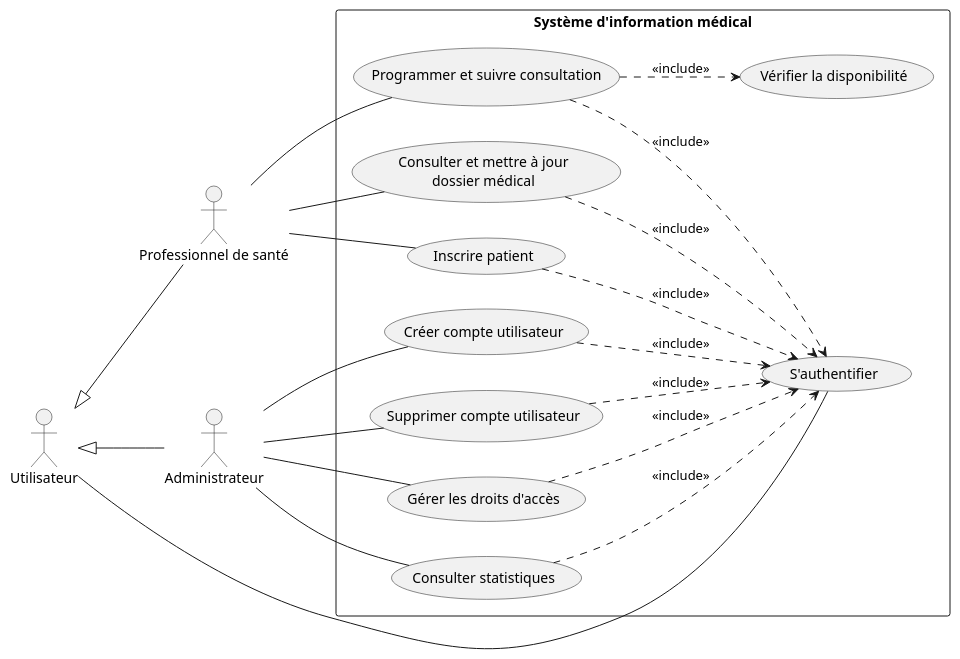
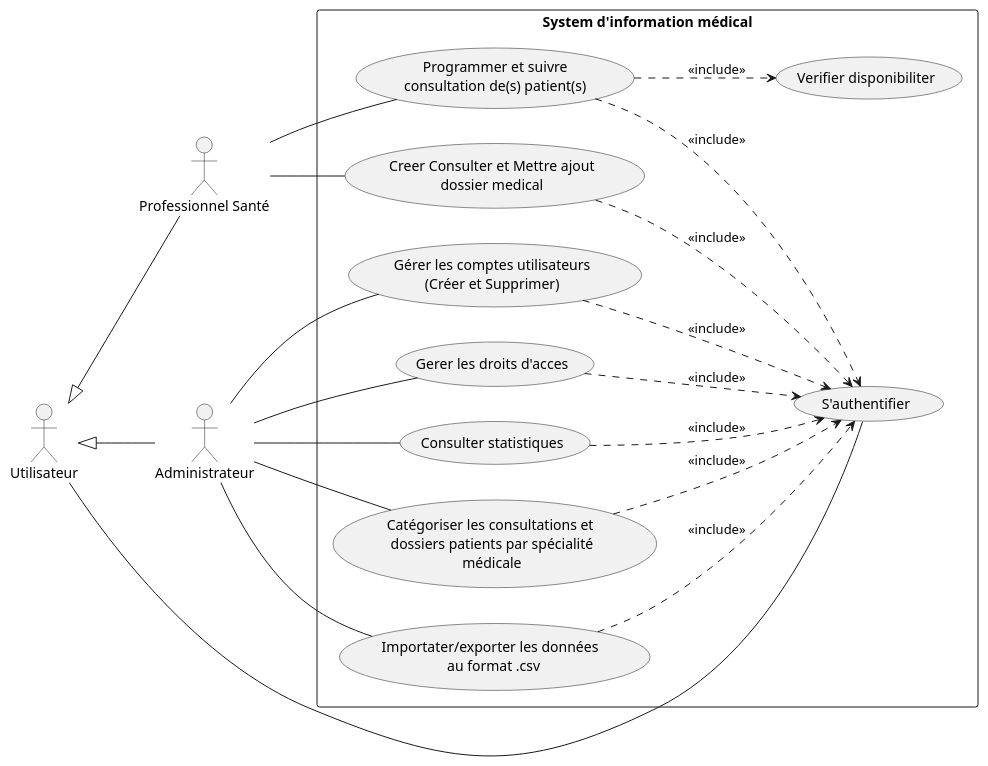
One commit to MiracleDvm/Groupe_24 changed the diagram in src/Diagrammes/cas-utilisation.puml. Above: the diagram before and after it, drawn with PlantUML.

```diff
--- a/src/Diagrammes/cas-utilisation.puml
+++ b/src/Diagrammes/cas-utilisation.puml
@@ -1,48 +1,62 @@
 @startuml
 left to right direction
 skinparam packageStyle rectangle
 
+' Définition des acteurs
+actor "Professionnel Santé" as Pro
+actor "Administrateur" as Admin
 actor "Utilisateur" as User
-actor "Professionnel de santé" as Pro
-actor "Administrateur" as Admin
 
+' Héritage des acteurs (Les flèches qui contournent le cadre)
 User <|-- Pro
 User <|-- Admin
 
-rectangle "Système d'information médical" {
+rectangle "System d'information médical" {
 
-  usecase "S'authentifier" as UC_Auth
+    ' Cas d'utilisation pour le Professionnel de Santé
+    usecase "Programmer et suivre\nconsultation de(s) patient(s)" as UC_Programmer
+    usecase "Creer Consulter et Mettre ajout\ndossier medical" as UC_Dossier
+    usecase "Verifier disponibiliter" as UC_Dispo
 
-  usecase "Inscrire patient" as UC_Inscrire
-  usecase "Programmer et suivre consultation" as UC_Programmer
-  usecase "Consulter et mettre à jour\ndossier médical" as UC_Dossier
-  usecase "Vérifier la disponibilité" as UC_Dispo
+    ' Cas d'utilisation pour l'Administrateur
+    usecase "Gérer les comptes utilisateurs\n(Créer et Supprimer)" as UC_GererCompte
+    usecase "Gerer les droits d'acces" as UC_Droits
+    usecase "Consulter statistiques" as UC_Stats
+    usecase "Catégoriser les consultations et \n dossiers patients par spécialité \n médicale " as UC_Categorisation
+    usecase "Importater/exporter les données \n au format .csv" as UC_ImportExport 
+    
 
-  usecase "Créer compte utilisateur" as UC_CreerCompte
-  usecase "Supprimer compte utilisateur" as UC_SupprimerCompte
-  usecase "Gérer les droits d'accès" as UC_Droits
-  usecase "Consulter statistiques" as UC_Stats
+
+    
+
+    ' Cas d'utilisation commun (Authentification)
+    usecase "S'authentifier" as UC_Auth
+
+    ' Relations Acteurs -> Cas d'utilisation
+    Pro -- UC_Programmer
+    Pro -- UC_Dossier
+
+    Admin -- UC_GererCompte
+    Admin -- UC_Droits
+    Admin -- UC_Stats
+    Admin-- UC_Categorisation
+    Admin -- UC_ImportExport
+    
+
+    ' Relation directe de l'Utilisateur (selon le diagramme)
+    User -- UC_Auth
+
+    ' Relations <<include>> vers S'authentifier
+    UC_Programmer ..> UC_Auth : <<include>>
+    UC_Dossier ..> UC_Auth : <<include>>
+    UC_GererCompte ..> UC_Auth : <<include>>
+    UC_Droits ..> UC_Auth : <<include>>
+    UC_Stats ..> UC_Auth : <<include>>
+    UC_Categorisation ..> UC_Auth : <<include>>
+    UC_ImportExport ..> UC_Auth : <<include>>
+    
+
+    ' Autre relation <<include>> spécifique
+    UC_Programmer ..> UC_Dispo : <<include>>
 }
-
-Pro -- UC_Inscrire
-Pro -- UC_Programmer
-Pro -- UC_Dossier
-
-Admin -- UC_CreerCompte
-Admin -- UC_SupprimerCompte
-Admin -- UC_Droits
-Admin -- UC_Stats
-
-User -- UC_Auth
-
-UC_Inscrire ..> UC_Auth : <<include>>
-UC_Programmer ..> UC_Auth : <<include>>
-UC_Dossier ..> UC_Auth : <<include>>
-UC_CreerCompte ..> UC_Auth : <<include>>
-UC_SupprimerCompte ..> UC_Auth : <<include>>
-UC_Droits ..> UC_Auth : <<include>>
-UC_Stats ..> UC_Auth : <<include>>
-
-UC_Programmer ..> UC_Dispo : <<include>>
-
 @enduml
```
